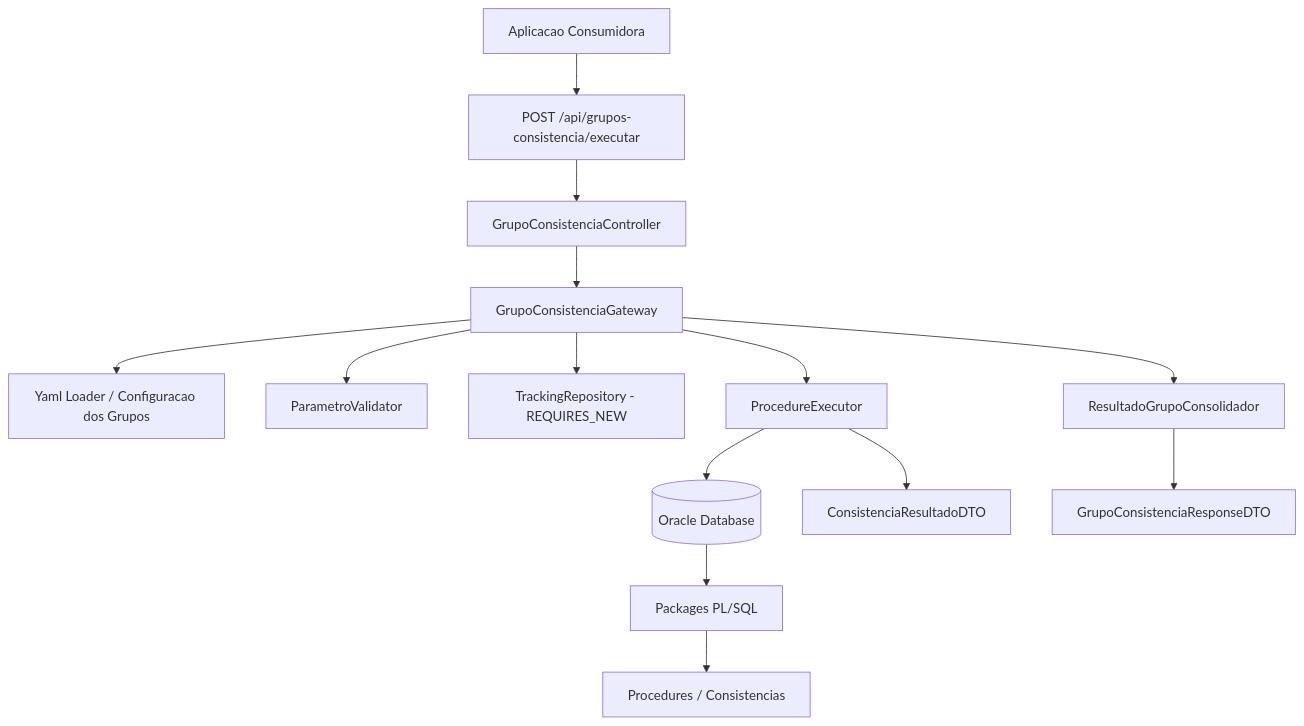
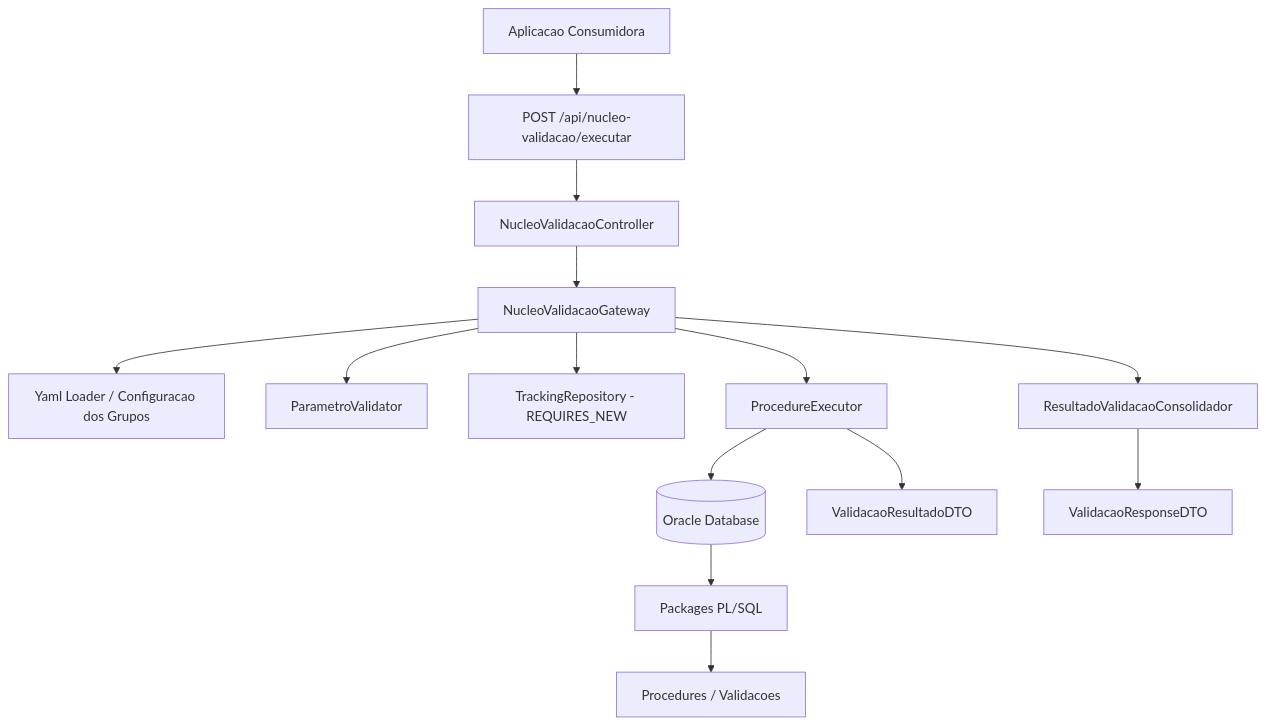
One commit to odevpedro/nucleo-validacao changed the diagram in README.md. Above: the diagram before and after it, drawn with Mermaid. The commit also changed other lines of this file and 125 other files, not shown here.

First line of the commit message:
Renomeia pacote e classes para nucleo-validacao

````diff
--- a/README.md
+++ b/README.md
@@ -269,16 +269,16 @@
 ```mermaid
 flowchart TD
-    A[Aplicacao Consumidora] --> B[POST /api/grupos-consistencia/executar]
-    B --> C[GrupoConsistenciaController]
-    C --> D[GrupoConsistenciaGateway]
+    A[Aplicacao Consumidora] --> B[POST /api/nucleo-validacao/executar]
+    B --> C[NucleoValidacaoController]
+    C --> D[NucleoValidacaoGateway]
     D --> E[Yaml Loader / Configuracao dos Grupos]
     D --> F[ParametroValidator]
     D --> G[TrackingRepository - REQUIRES_NEW]
     D --> H[ProcedureExecutor]
     H --> I[(Oracle Database)]
     I --> J[Packages PL/SQL]
-    J --> K[Procedures / Consistencias]
-    H --> L[ConsistenciaResultadoDTO]
-    D --> M[ResultadoGrupoConsolidador]
-    M --> N[GrupoConsistenciaResponseDTO]
+    J --> K[Procedures / Validacoes]
+    H --> L[ValidacaoResultadoDTO]
+    D --> M[ResultadoValidacaoConsolidador]
+    M --> N[ValidacaoResponseDTO]
 ```
````
